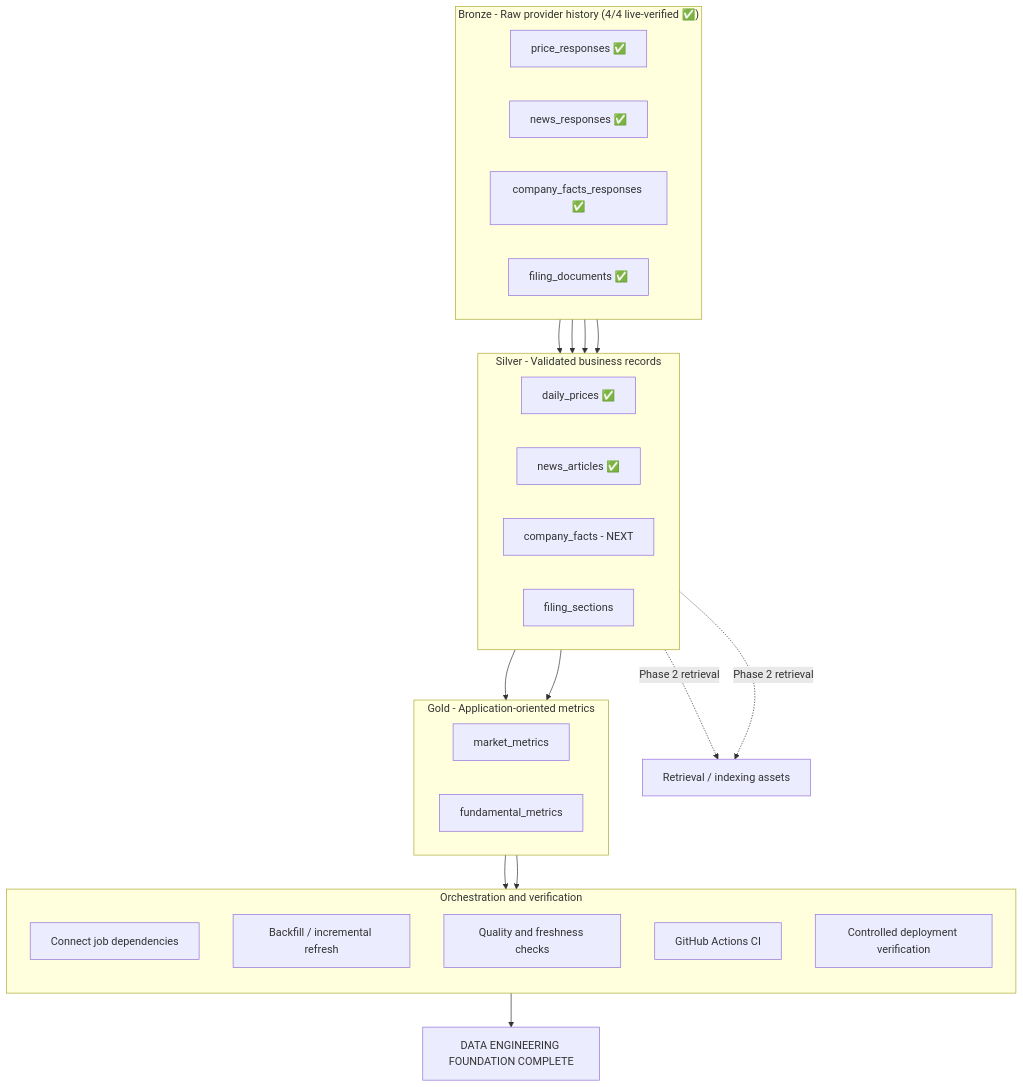
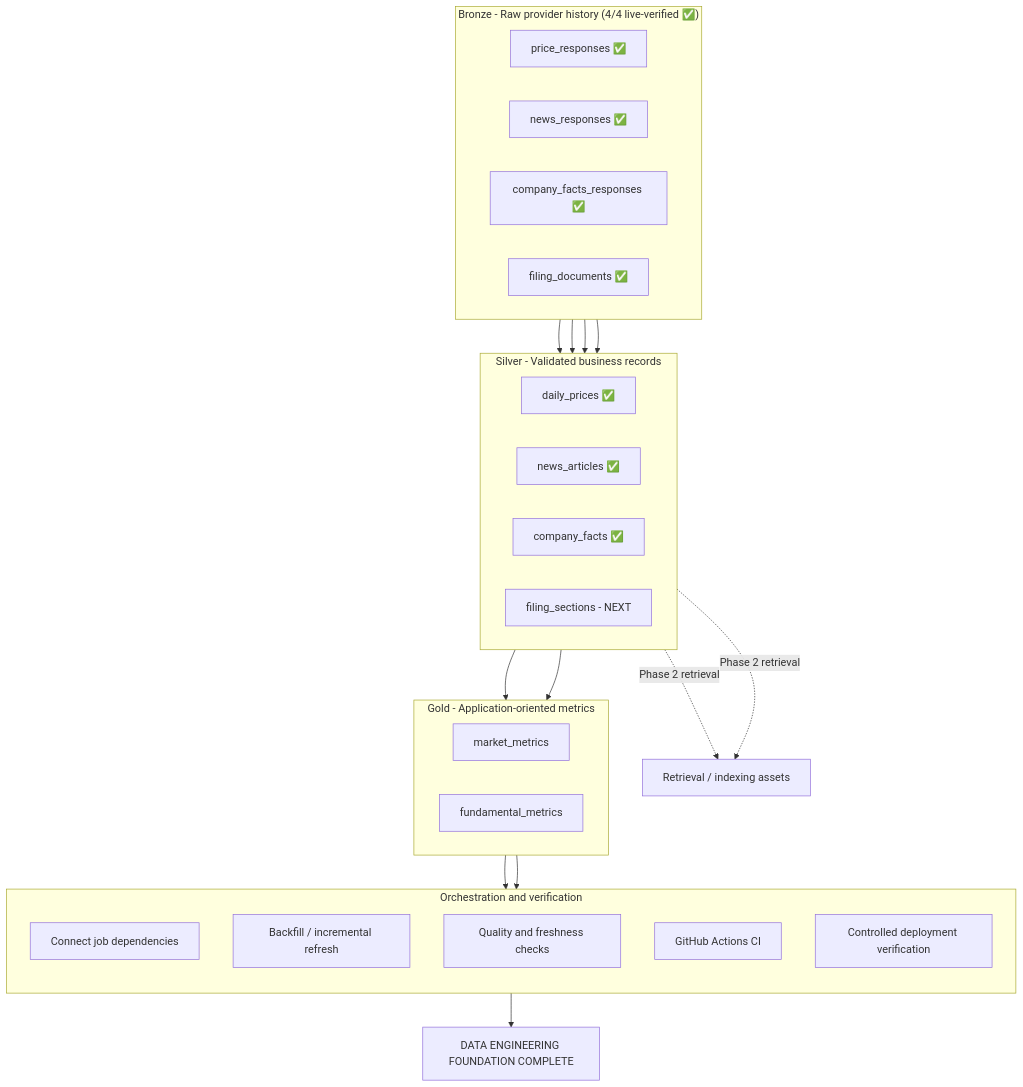
Before and after one commit to maghdam/multi-agent-equity-research-system-on-databricks: the first of 2 diagrams in PLAN.md, drawn with Mermaid. The commit also changed other lines of this file and 6 other files, not shown here.

Commit message:
feat: add Silver company facts transformation

````diff
--- a/PLAN.md
+++ b/PLAN.md
@@ -15,49 +15,49 @@
 ```mermaid
 flowchart TB
     subgraph B["Bronze - Raw provider history (4/4 live-verified ✅)"]
         direction LR
         B1["price_responses ✅"]
         B2["news_responses ✅"]
         B3["company_facts_responses ✅"]
         B4["filing_documents ✅"]
     end
 
     subgraph S["Silver - Validated business records"]
         direction LR
         S1["daily_prices ✅"]
         S2["news_articles ✅"]
-        S3["company_facts - NEXT"]
-        S4["filing_sections"]
+        S3["company_facts ✅"]
+        S4["filing_sections - NEXT"]
     end
 
     B1 --> S1
     B2 --> S2
     B3 --> S3
     B4 --> S4
 
     subgraph G["Gold - Application-oriented metrics"]
         direction LR
         G1["market_metrics"]
         G2["fundamental_metrics"]
     end
 
     S1 --> G1
     S3 --> G2
 
     S2 -. "Phase 2 retrieval" .-> R["Retrieval / indexing assets"]
     S4 -. "Phase 2 retrieval" .-> R
 
     G1 --> O
     G2 --> O
 
     subgraph O["Orchestration and verification"]
         direction TB
         O1["Connect job dependencies"]
         O2["Backfill / incremental refresh"]
         O3["Quality and freshness checks"]
         O4["GitHub Actions CI"]
         O5["Controlled deployment verification"]
     end
 
     O --> F["DATA ENGINEERING FOUNDATION COMPLETE"]
 ```
````
